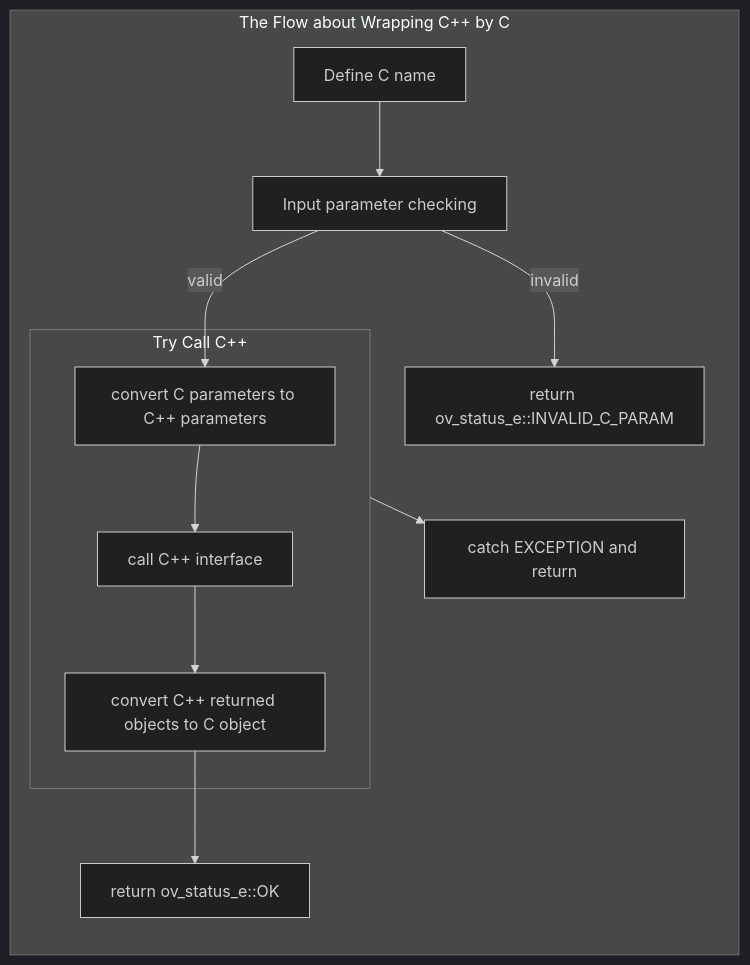
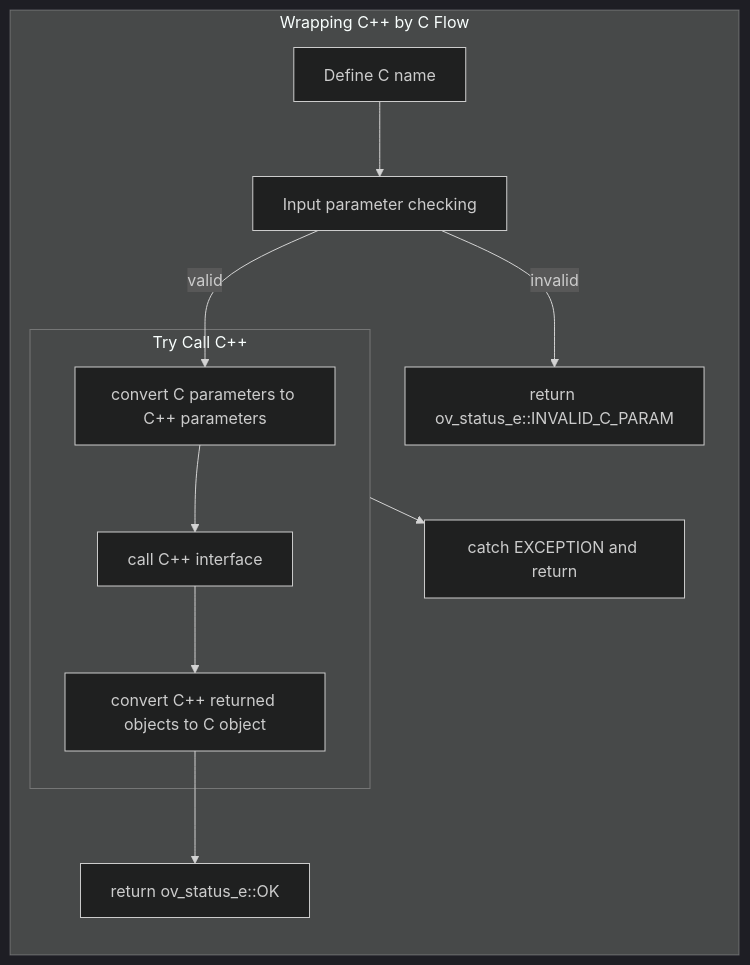
The diagram in src/bindings/c/docs/how_to_wrap_openvino_interfaces_with_c.md (openvinotoolkit/openvino), drawn with Mermaid (dark theme) before and after one commit. The commit also changed other lines of this file and 2 other files, not shown here.

````diff
--- a/src/bindings/c/docs/how_to_wrap_openvino_interfaces_with_c.md
+++ b/src/bindings/c/docs/how_to_wrap_openvino_interfaces_with_c.md
@@ -10,28 +11,28 @@
 ```mermaid
 flowchart LR
-    subgraph c_wrap_process[The Flow about Wrapping C++ by C]
+    subgraph c_wrap_process[Wrapping C++ by C Flow]
         c_interface["Define C name"]
         c_check_parameter["Input parameter checking"]
         c_return_invalid["return ov_status_e::INVALID_C_PARAM"]
 
         subgraph c_wrap_call_cpp[Try Call C++]
             c_parameter_convert["convert C parameters to C++ parameters"]
             c_call_cpp_interface["call C++ interface"]
             cpp_parameter_convert["convert C++ returned objects to C object"]
         end
         
         c_return_success["return ov_status_e::OK"]
         c_return_exception["catch EXCEPTION and return"]
 
         c_interface-->c_check_parameter
 
         c_check_parameter--valid-->c_parameter_convert
         c_check_parameter--invalid-->c_return_invalid
 
         c_parameter_convert-->c_call_cpp_interface
         c_call_cpp_interface-->cpp_parameter_convert
 
         cpp_parameter_convert-->c_return_success
         c_wrap_call_cpp-->c_return_exception
     end
 ```
````
